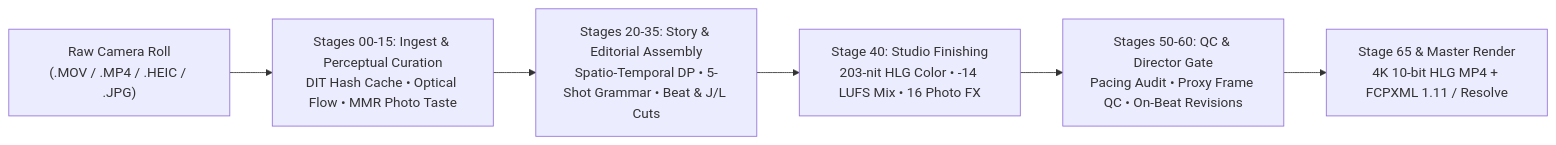
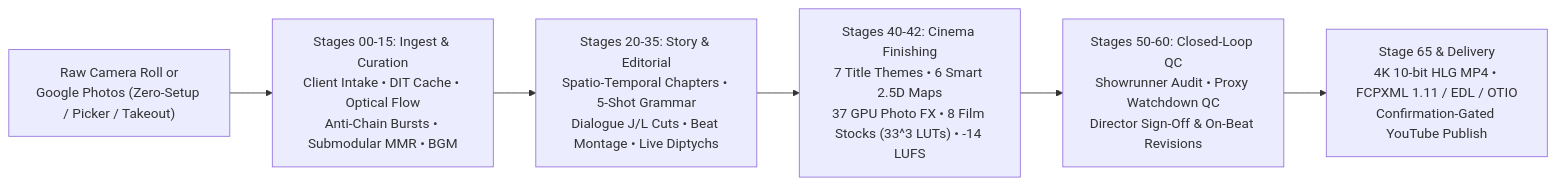
One commit to liuhaodong/video_editing_ai changed the diagram in README.md. Above: the diagram before and after it, drawn with Mermaid. The commit also changed other lines of this file, not shown here.

Commit message:
Rewrite README.md for 22-agent studio, zero-setup Google Photos picking, 37 GPU photo modes, smart 2.5D travel maps & Stage 42 DI color

````diff
--- a/README.md
+++ b/README.md
@@ -23,8 +23,8 @@
 ```mermaid
 flowchart LR
-    A["Raw Camera Roll<br/>(.MOV / .MP4 / .HEIC / .JPG)"] --> B["Stages 00-15: Ingest & Perceptual Curation<br/>DIT Hash Cache • Optical Flow • MMR Photo Taste"]
-    B --> C["Stages 20-35: Story & Editorial Assembly<br/>Spatio-Temporal DP • 5-Shot Grammar • Beat & J/L Cuts"]
-    C --> D["Stage 40: Studio Finishing<br/>203-nit HLG Color • -14 LUFS Mix • 16 Photo FX"]
-    D --> E["Stages 50-60: QC & Director Gate<br/>Pacing Audit • Proxy Frame QC • On-Beat Revisions"]
-    E --> F["Stage 65 & Master Render<br/>4K 10-bit HLG MP4 + FCPXML 1.11 / Resolve"]
+    A["Raw Camera Roll or<br/>Google Photos (Zero-Setup / Picker / Takeout)"] --> B["Stages 00-15: Ingest & Curation<br/>Client Intake • DIT Cache • Optical Flow<br/>Anti-Chain Bursts • Submodular MMR • BGM"]
+    B --> C["Stages 20-35: Story & Editorial<br/>Spatio-Temporal Chapters • 5-Shot Grammar<br/>Dialogue J/L Cuts • Beat Montage • Live Diptychs"]
+    C --> D["Stages 40-42: Cinema Finishing<br/>7 Title Themes • 6 Smart 2.5D Maps<br/>37 GPU Photo FX • 8 Film Stocks (33^3 LUTs) • -14 LUFS"]
+    D --> E["Stages 50-60: Closed-Loop QC<br/>Showrunner Audit • Proxy Watchdown QC<br/>Director Sign-Off & On-Beat Revisions"]
+    E --> F["Stage 65 & Delivery<br/>4K 10-bit HLG MP4 • FCPXML 1.11 / EDL / OTIO<br/>Confirmation-Gated YouTube Publish"]
 ```
````
